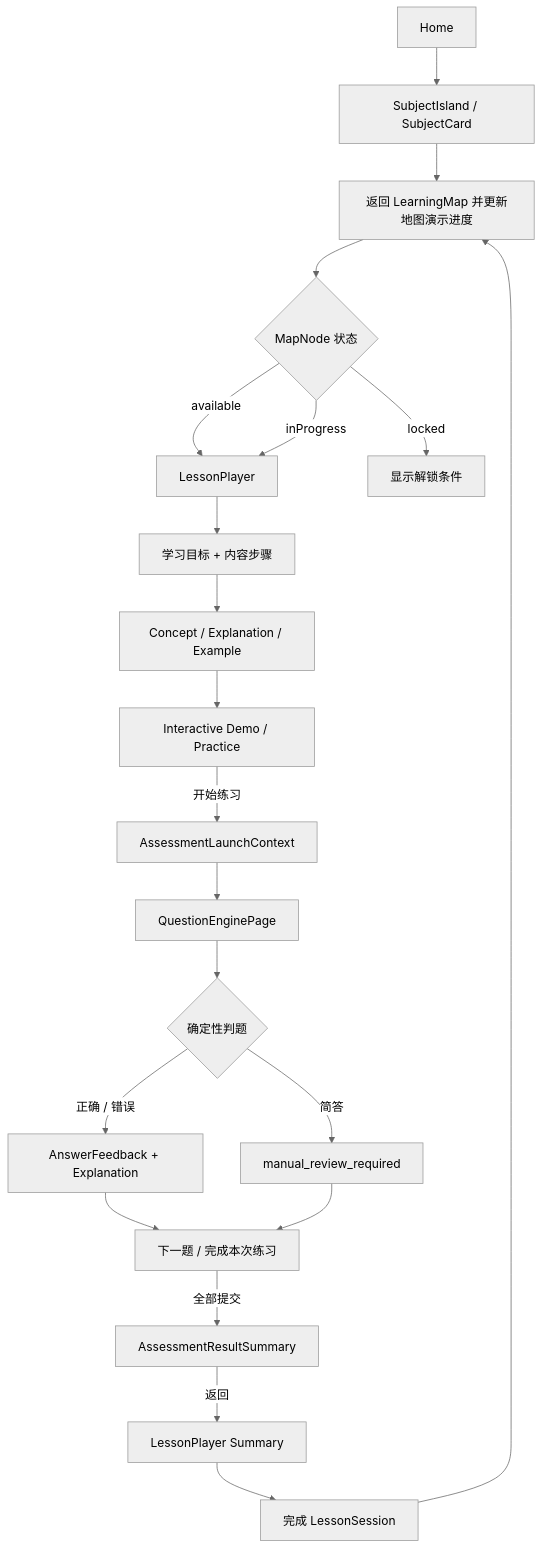
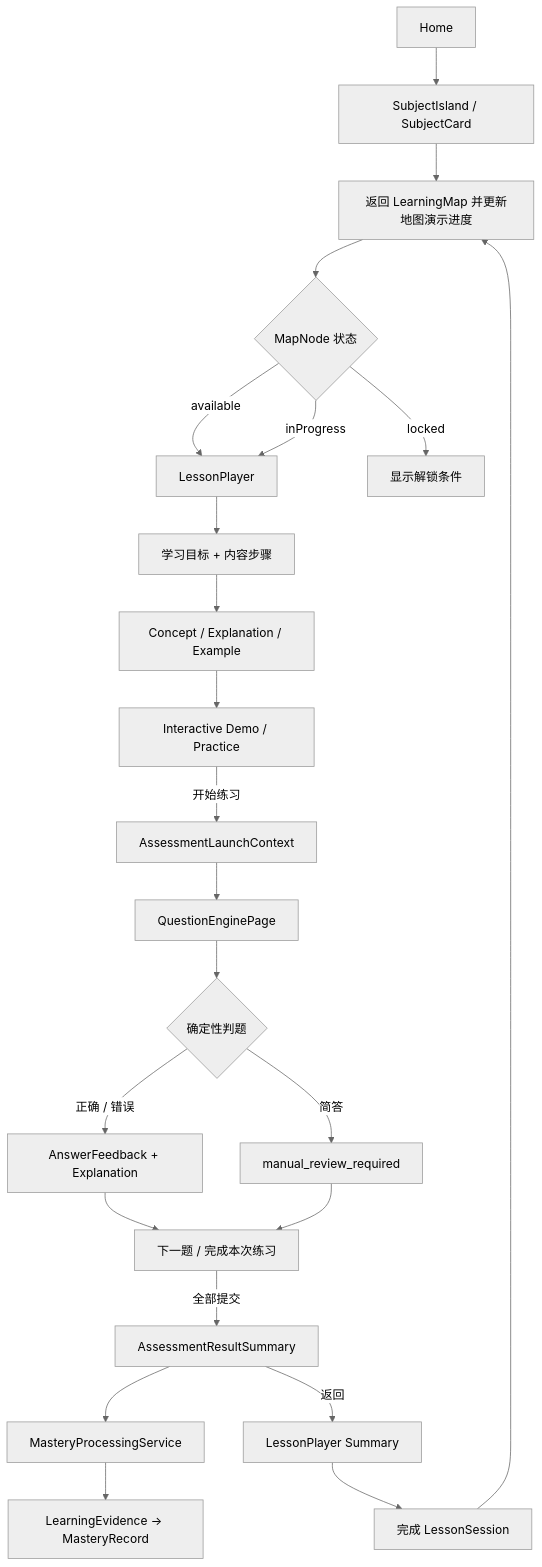
One commit to gaoxinyue623/knowledge-island-learning changed the fourth of 11 diagrams in UI_FLOW.md. Above: the diagram before and after it, drawn with Mermaid (neutral theme). The commit also changed other lines of this file and 57 other files, not shown here.

````diff
--- a/UI_FLOW.md
+++ b/UI_FLOW.md
@@ -87,23 +87,25 @@
 ```mermaid
 flowchart TD
     H[Home] --> S[SubjectIsland / SubjectCard]
     S --> M[LearningMap]
     M --> N{MapNode 状态}
     N -->|available| L[LessonPlayer]
     N -->|inProgress| L
     N -->|locked| N1[显示解锁条件]
     L --> L1[学习目标 + 内容步骤]
     L1 --> L2[Concept / Explanation / Example]
     L2 --> L3[Interactive Demo / Practice]
     L3 -->|开始练习| Q[AssessmentLaunchContext]
     Q --> QE[QuestionEnginePage]
     QE --> Q1{确定性判题}
     Q1 -->|正确 / 错误| Q2[AnswerFeedback + Explanation]
     Q1 -->|简答| Q3[manual_review_required]
     Q2 --> Q4[下一题 / 完成本次练习]
     Q3 --> Q4
     Q4 -->|全部提交| R[AssessmentResultSummary]
+    R --> P[MasteryProcessingService]
+    P --> E[LearningEvidence → MasteryRecord]
     R -->|返回| L4[LessonPlayer Summary]
     L4 --> L5[完成 LessonSession]
     L5 --> M[返回 LearningMap 并更新地图演示进度]
 ```
````
